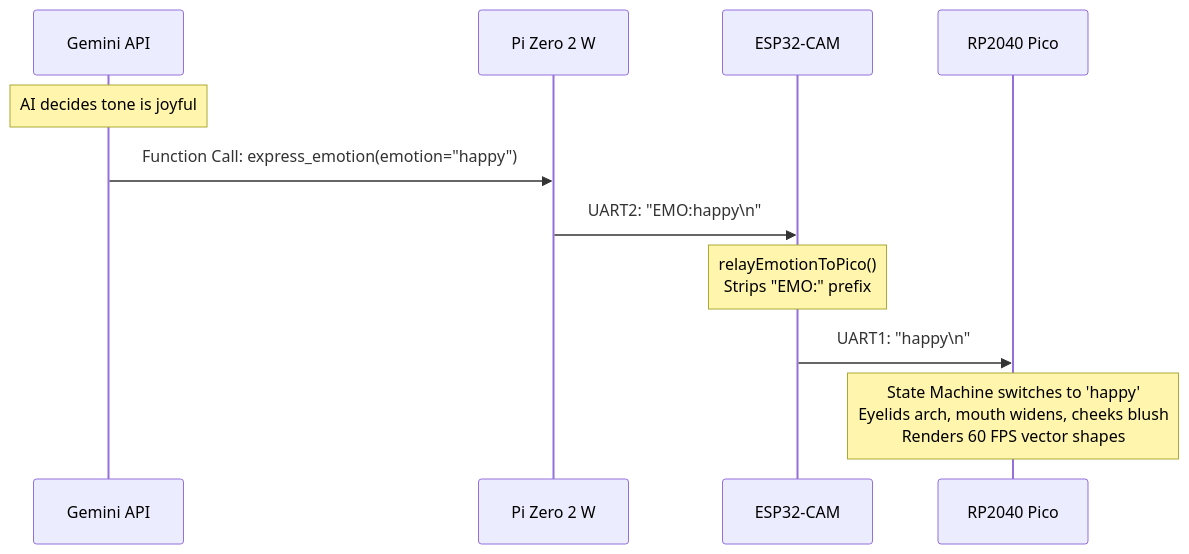
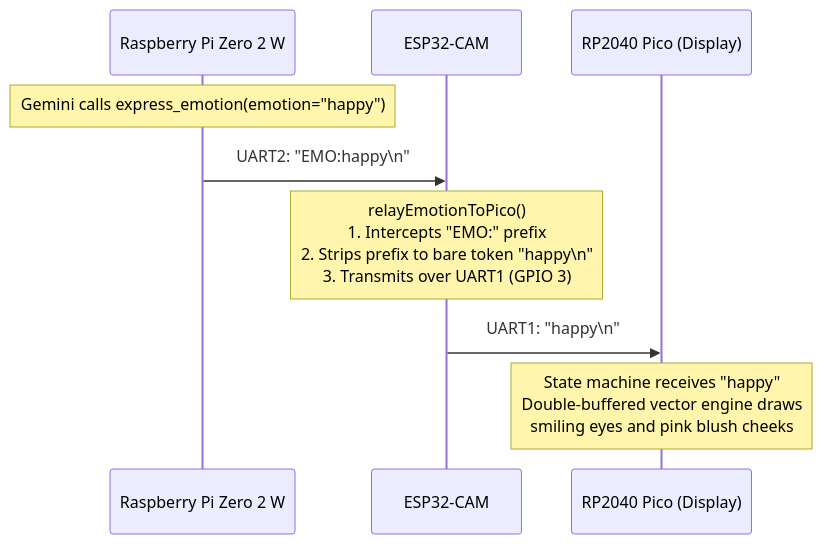
One commit to dgentechnologies/ADAM-AI changed the second of 2 diagrams in docs/architecture/data-flow.md. Above: the diagram before and after it, drawn with Mermaid. The commit also changed other lines of this file and 27 other files, not shown here.

````diff
--- a/docs/architecture/data-flow.md
+++ b/docs/architecture/data-flow.md
@@ -148,14 +127,12 @@
 ```mermaid
 sequenceDiagram
-    participant Gem as Gemini API
-    participant Pi as Pi Zero 2 W
+    participant Pi as Raspberry Pi Zero 2 W
     participant ESP as ESP32-CAM
-    participant Pico as RP2040 Pico
+    participant Pico as RP2040 Pico (Display)
 
-    Note over Gem: AI decides tone is joyful
-    Gem->>Pi: Function Call: express_emotion(emotion="happy")
+    Note over Pi: Gemini calls express_emotion(emotion="happy")
     Pi->>ESP: UART2: "EMO:happy\n"
-    Note over ESP: relayEmotionToPico()<br/>Strips "EMO:" prefix
+    Note over ESP: relayEmotionToPico()<br/>1. Intercepts "EMO:" prefix<br/>2. Strips prefix to bare token "happy\n"<br/>3. Transmits over UART1 (GPIO 3)
     ESP->>Pico: UART1: "happy\n"
-    Note over Pico: State Machine switches to 'happy'<br/>Eyelids arch, mouth widens, cheeks blush<br/>Renders 60 FPS vector shapes
+    Note over Pico: State machine receives "happy"<br/>Double-buffered vector engine draws<br/>smiling eyes and pink blush cheeks
 ```
````
